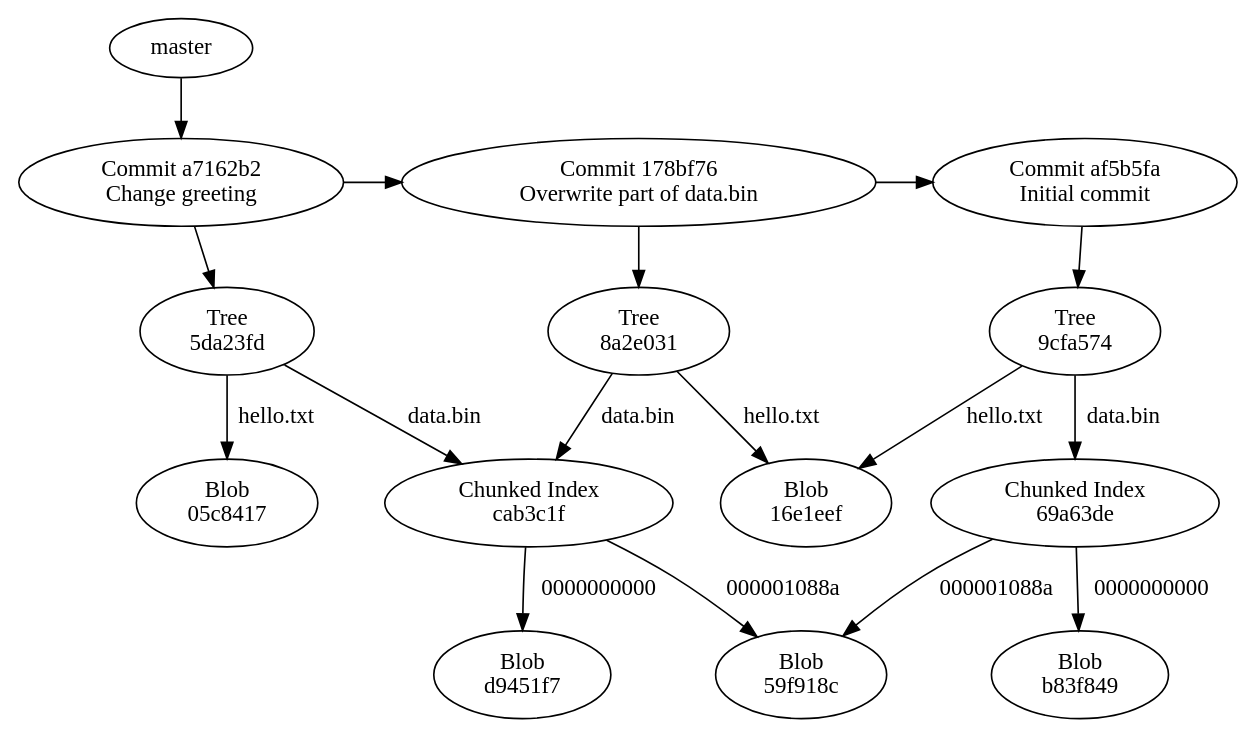
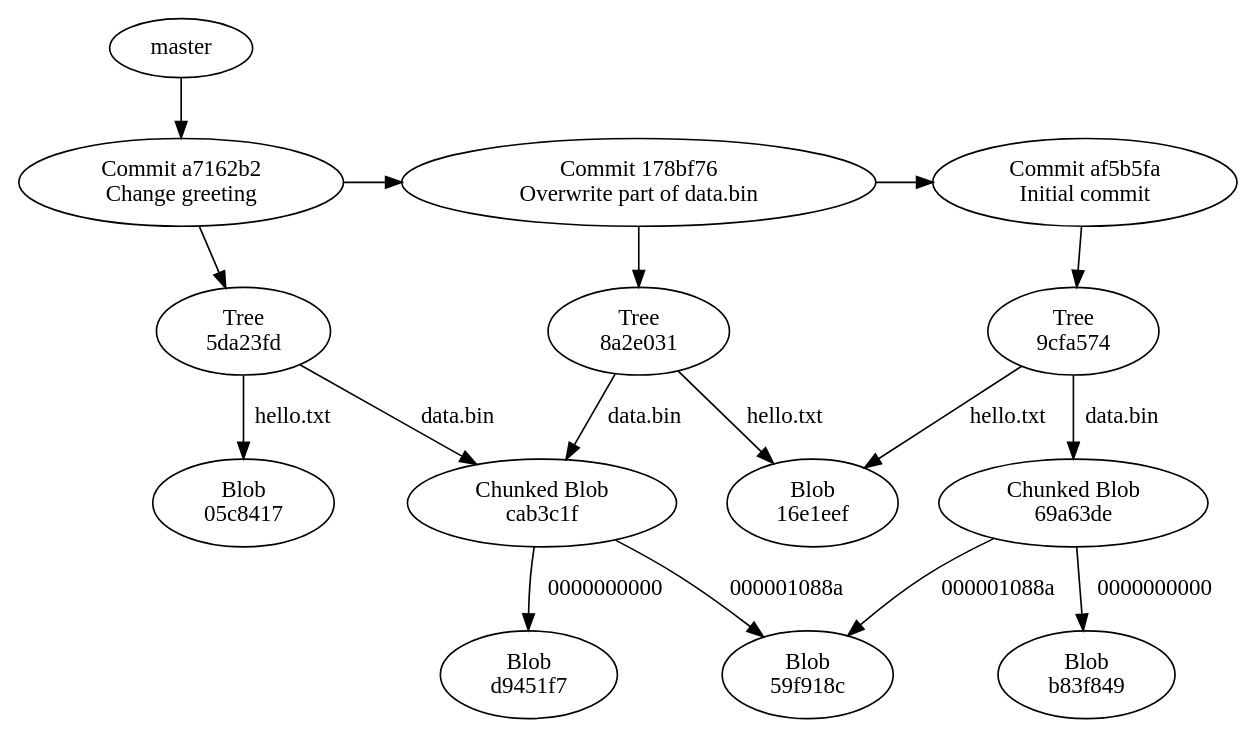
The diagram in doc-src/dia_dmv_dag_example_three_commits.dot (sleepymurph/dmv-publications), drawn with Graphviz before and after one commit. The commit also changed 4 other files, not shown here.

Commit message:
Gls: Consistent use of "chunked blob" in diagrams

```diff
--- a/doc-src/dia_dmv_dag_example_three_commits.dot
+++ b/doc-src/dia_dmv_dag_example_three_commits.dot
@@ -1,89 +1,89 @@
 /* ------------------------ 
 
 prototype log --hash-only 
 af5b5fa8128913b22e2cf59675b9b49e385188c5
 178bf7644623fd3c50c87e9b27c51c9a87e4e2ad
 a7162b2c1131b6be97fcf91f95e8dd792a6d7f41
 
 examining {af5b5fa8128913b22e2cf59675b9b49e385188c5} (commit) - msg: Initial commit, links: 9cfa574ed7dedfceadcc7c077b267b6415dbf6e7
 examining {9cfa574ed7dedfceadcc7c077b267b6415dbf6e7} (tree) - TREE
 examining {69a63de7d3b0f618c76b410b773eb9863bd9a3b9} (chunked blob index) - CHUNKED
 examining {b83f849b5a781f859f58c03d8605db6362071f39} (blob) - BLOB
 examining {59f918cde140fd96dac3ff9b5744493e0f05ec75} (blob) - BLOB
 examining {16e1eef1458fbc96b5e0b25031319b7a2a39c6b0} (blob) - BLOB
 examining {178bf7644623fd3c50c87e9b27c51c9a87e4e2ad} (commit) - msg: Overwrite part of data.bin, links: 8a2e031a571a6f282a90b8d2e39877324ac02b78,af5b5fa8128913b22e2cf59675b9b49e385188c5
 examining {8a2e031a571a6f282a90b8d2e39877324ac02b78} (tree) - TREE
 examining {cab3c1f06afd8324758b3e60a42376a31ad672de} (chunked blob index) - CHUNKED
 examining {d9451f7013379d4790623a64d24d97054625eb2b} (blob) - BLOB
 examining {a7162b2c1131b6be97fcf91f95e8dd792a6d7f41} (commit) - msg: Change greeting, links: 5da23fd0f2b0864ed50db86b2e260cca2a95df24,178bf7644623fd3c50c87e9b27c51c9a87e4e2ad
 examining {5da23fd0f2b0864ed50db86b2e260cca2a95df24} (tree) - TREE
 examining {05c84174d8dcf115f600e0ce0e2244d60f80d7d2} (blob) - BLOB
 
 
  * ------------------------ */ 
 
 digraph prototype {
 
 
 // Refs
 {
    "master";
 }
 
 
 // Commits
 {
   rank=same
    "af5b5fa8128913b22e2cf59675b9b49e385188c5"[label="Commit af5b5fa\nInitial commit"]
    "178bf7644623fd3c50c87e9b27c51c9a87e4e2ad"[label="Commit 178bf76\nOverwrite part of data.bin"]
    "a7162b2c1131b6be97fcf91f95e8dd792a6d7f41"[label="Commit a7162b2\nChange greeting"]
 }
 
 
 // Trees
 {
 
    "9cfa574ed7dedfceadcc7c077b267b6415dbf6e7"[label="Tree\n9cfa574"]
    "8a2e031a571a6f282a90b8d2e39877324ac02b78"[label="Tree\n8a2e031"]
    "5da23fd0f2b0864ed50db86b2e260cca2a95df24"[label="Tree\n5da23fd"]
 }
 
 
 // Chunked Blobs
 {
 
-   "cab3c1f06afd8324758b3e60a42376a31ad672de"[label="Chunked Index\ncab3c1f"]
-   "69a63de7d3b0f618c76b410b773eb9863bd9a3b9"[label="Chunked Index\n69a63de"]
+   "cab3c1f06afd8324758b3e60a42376a31ad672de"[label="Chunked Blob\ncab3c1f"]
+   "69a63de7d3b0f618c76b410b773eb9863bd9a3b9"[label="Chunked Blob\n69a63de"]
 }
 
 
 // Blobs
 {
 
    "d9451f7013379d4790623a64d24d97054625eb2b"[label="Blob\nd9451f7"]
    "05c84174d8dcf115f600e0ce0e2244d60f80d7d2"[label="Blob\n05c8417"]
    "16e1eef1458fbc96b5e0b25031319b7a2a39c6b0"[label="Blob\n16e1eef"]
    "b83f849b5a781f859f58c03d8605db6362071f39"[label="Blob\nb83f849"]
    "59f918cde140fd96dac3ff9b5744493e0f05ec75"[label="Blob\n59f918c"]
 }
 
 
 // Links
 "af5b5fa8128913b22e2cf59675b9b49e385188c5" -> "9cfa574ed7dedfceadcc7c077b267b6415dbf6e7"
 "9cfa574ed7dedfceadcc7c077b267b6415dbf6e7" -> "69a63de7d3b0f618c76b410b773eb9863bd9a3b9" [label="data.bin"]
 "69a63de7d3b0f618c76b410b773eb9863bd9a3b9" -> "b83f849b5a781f859f58c03d8605db6362071f39" [label="0000000000"]
 "69a63de7d3b0f618c76b410b773eb9863bd9a3b9" -> "59f918cde140fd96dac3ff9b5744493e0f05ec75" [label="000001088a"]
 "9cfa574ed7dedfceadcc7c077b267b6415dbf6e7" -> "16e1eef1458fbc96b5e0b25031319b7a2a39c6b0" [label="hello.txt"]
 "178bf7644623fd3c50c87e9b27c51c9a87e4e2ad" -> "8a2e031a571a6f282a90b8d2e39877324ac02b78"
 "8a2e031a571a6f282a90b8d2e39877324ac02b78" -> "cab3c1f06afd8324758b3e60a42376a31ad672de" [label="data.bin"]
 "cab3c1f06afd8324758b3e60a42376a31ad672de" -> "d9451f7013379d4790623a64d24d97054625eb2b" [label="0000000000"]
 "cab3c1f06afd8324758b3e60a42376a31ad672de" -> "59f918cde140fd96dac3ff9b5744493e0f05ec75" [label="000001088a"]
 "8a2e031a571a6f282a90b8d2e39877324ac02b78" -> "16e1eef1458fbc96b5e0b25031319b7a2a39c6b0" [label="hello.txt"]
 "178bf7644623fd3c50c87e9b27c51c9a87e4e2ad" -> "af5b5fa8128913b22e2cf59675b9b49e385188c5"
 "master" -> "a7162b2c1131b6be97fcf91f95e8dd792a6d7f41"
 "a7162b2c1131b6be97fcf91f95e8dd792a6d7f41" -> "5da23fd0f2b0864ed50db86b2e260cca2a95df24"
 "5da23fd0f2b0864ed50db86b2e260cca2a95df24" -> "cab3c1f06afd8324758b3e60a42376a31ad672de" [label="data.bin"]
 "5da23fd0f2b0864ed50db86b2e260cca2a95df24" -> "05c84174d8dcf115f600e0ce0e2244d60f80d7d2" [label="hello.txt"]
 "a7162b2c1131b6be97fcf91f95e8dd792a6d7f41" -> "178bf7644623fd3c50c87e9b27c51c9a87e4e2ad"
 
 }
```
